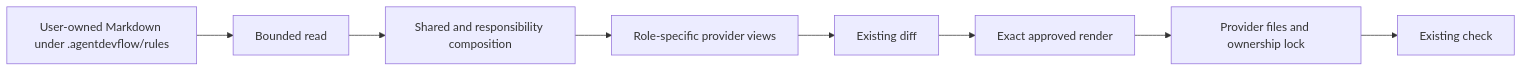
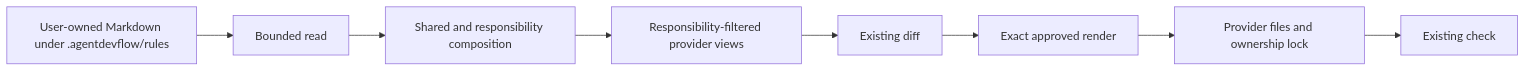
One commit to lorekkusu/agentdevflow changed the diagram in docs/development/instruction-composition.md. Above: the diagram before and after it, drawn with Mermaid. The commit also changed other lines of this file and 22 other files, not shown here.

````diff
--- a/docs/development/instruction-composition.md
+++ b/docs/development/instruction-composition.md
@@ -15,10 +15,10 @@
 ```mermaid
 flowchart LR
     A["User-owned Markdown under .agentdevflow/rules"] --> B["Bounded read"]
     B --> C["Shared and responsibility composition"]
-    C --> D["Role-specific provider views"]
+    C --> D["Responsibility-filtered provider views"]
     D --> E["Existing diff"]
     E --> F["Exact approved render"]
     F --> G["Provider files and ownership lock"]
     G --> H["Existing check"]
 ```
````
